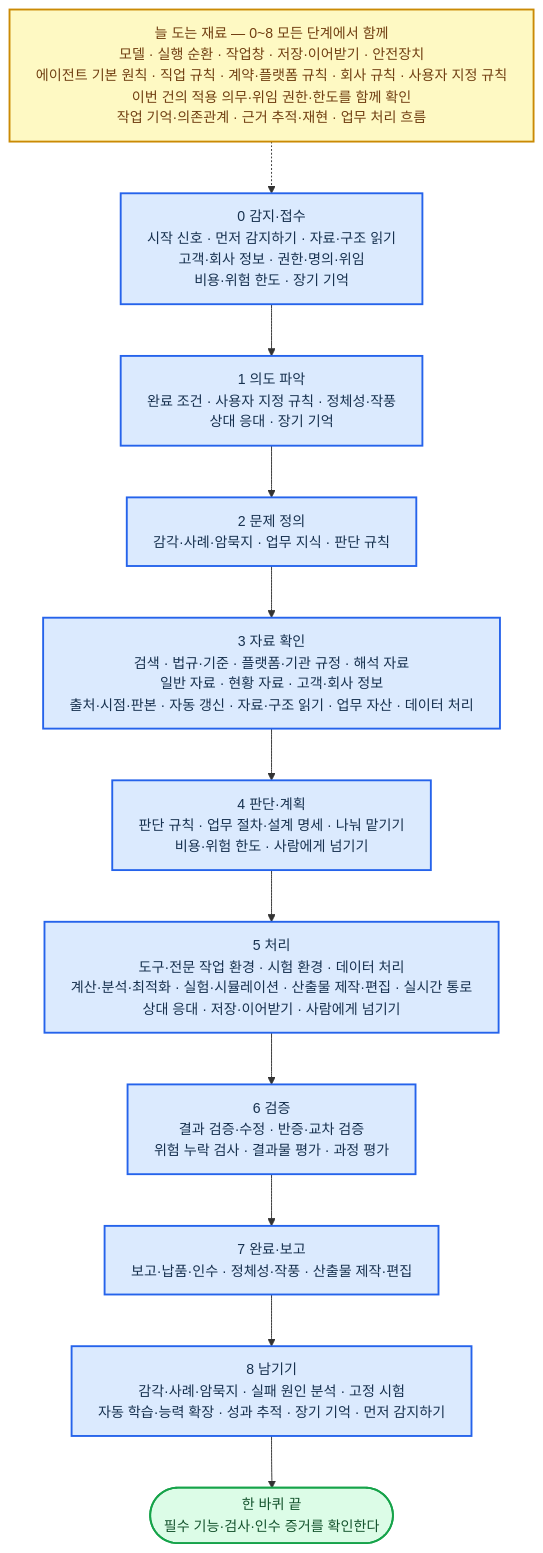
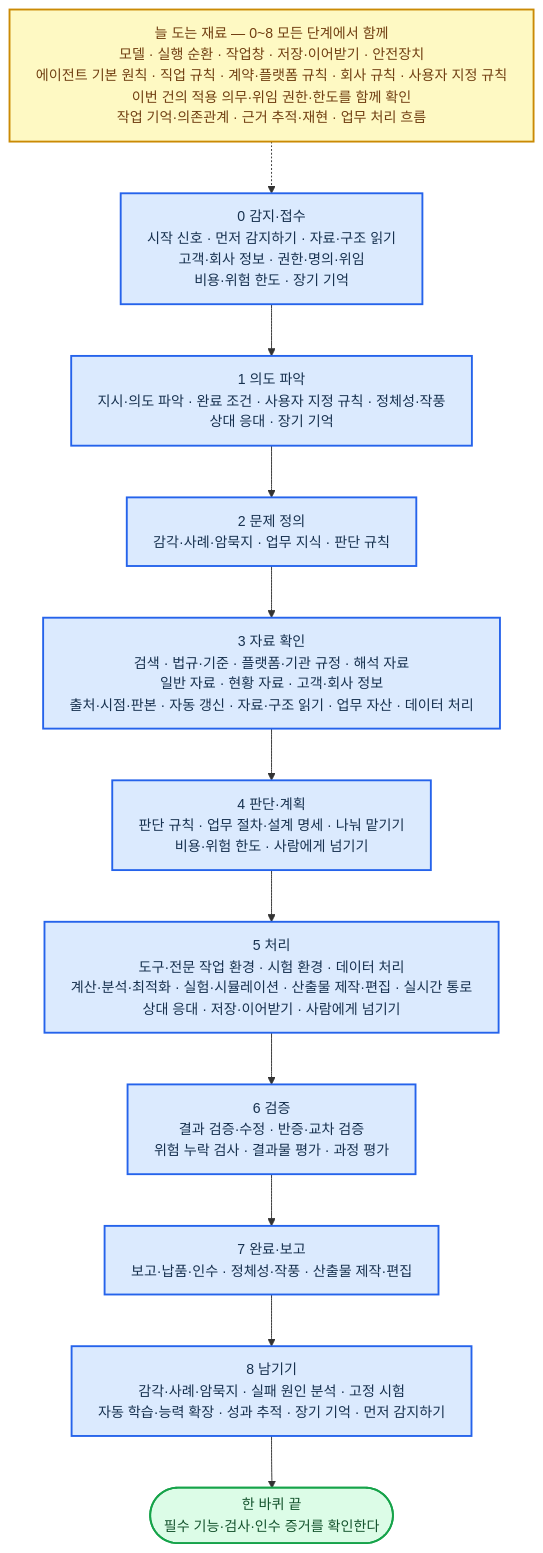
Before and after one commit to harisbaguette/expert: diagram 35 of 43 in 전문가 에이전트 정의 2.md, drawn with Mermaid. The commit also changed other lines of this file and 2 other files, not shown here.

````diff
--- a/전문가 에이전트 정의 2.md
+++ b/전문가 에이전트 정의 2.md
@@ -4151,23 +4152,23 @@
 ```mermaid
 %%{init: {"flowchart": {"wrappingWidth": 640, "curve": "basis", "nodeSpacing": 45, "rankSpacing": 55, "padding": 14, "useMaxWidth": true}, "themeVariables": {"fontSize": "15px"}} }%%
 flowchart TB
     A["늘 도는 재료 — 0~8 모든 단계에서 함께<br/>모델 · 실행 순환 · 작업창 · 저장·이어받기 · 안전장치<br/>에이전트 기본 원칙 · 직업 규칙 · 계약·플랫폼 규칙 · 회사 규칙 · 사용자 지정 규칙<br/>이번 건의 적용 의무·위임 권한·한도를 함께 확인<br/>작업 기억·의존관계 · 근거 추적·재현 · 업무 처리 흐름"]:::note
     S0["0 감지·접수<br/>시작 신호 · 먼저 감지하기 · 자료·구조 읽기<br/>고객·회사 정보 · 권한·명의·위임<br/>비용·위험 한도 · 장기 기억"]:::main
-    S1["1 의도 파악<br/>완료 조건 · 사용자 지정 규칙 · 정체성·작풍<br/>상대 응대 · 장기 기억"]:::main
+    S1["1 의도 파악<br/>지시·의도 파악 · 완료 조건 · 사용자 지정 규칙 · 정체성·작풍<br/>상대 응대 · 장기 기억"]:::main
     S2["2 문제 정의<br/>감각·사례·암묵지 · 업무 지식 · 판단 규칙"]:::main
     S3["3 자료 확인<br/>검색 · 법규·기준 · 플랫폼·기관 규정 · 해석 자료<br/>일반 자료 · 현황 자료 · 고객·회사 정보<br/>출처·시점·판본 · 자동 갱신 · 자료·구조 읽기 · 업무 자산 · 데이터 처리"]:::main
     S4["4 판단·계획<br/>판단 규칙 · 업무 절차·설계 명세 · 나눠 맡기기<br/>비용·위험 한도 · 사람에게 넘기기"]:::main
     S5["5 처리<br/>도구·전문 작업 환경 · 시험 환경 · 데이터 처리<br/>계산·분석·최적화 · 실험·시뮬레이션 · 산출물 제작·편집 · 실시간 통로<br/>상대 응대 · 저장·이어받기 · 사람에게 넘기기"]:::main
     S6["6 검증<br/>결과 검증·수정 · 반증·교차 검증<br/>위험 누락 검사 · 결과물 평가 · 과정 평가"]:::main
     S7["7 완료·보고<br/>보고·납품·인수 · 정체성·작풍 · 산출물 제작·편집"]:::main
     S8["8 남기기<br/>감각·사례·암묵지 · 실패 원인 분석 · 고정 시험<br/>자동 학습·능력 확장 · 성과 추적 · 장기 기억 · 먼저 감지하기"]:::main
     E(["한 바퀴 끝<br/>필수 기능·검사·인수 증거를 확인한다"]):::good
     A -.-> S0
     S0 --> S1 --> S2 --> S3 --> S4 --> S5 --> S6 --> S7 --> S8 --> E
     classDef main fill:#dbeafe,stroke:#2563eb,stroke-width:2px,color:#17314f
     classDef stop fill:#fee2e2,stroke:#dc2626,stroke-width:2px,color:#7f1d1d
     classDef back fill:#ffedd5,stroke:#ea580c,stroke-width:2px,color:#7c2d12
     classDef store fill:#e5e7eb,stroke:#6b7280,stroke-width:2px,color:#1f2937
     classDef good fill:#dcfce7,stroke:#16a34a,stroke-width:2px,color:#14532d
     classDef note fill:#fef9c3,stroke:#ca8a04,stroke-width:2px,color:#713f12
 ```
````
